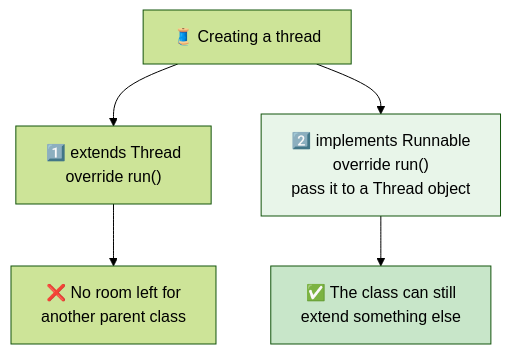
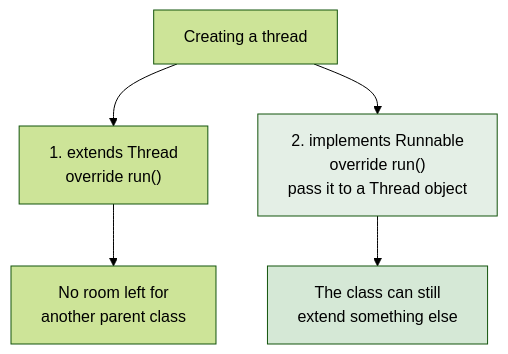
The first of 2 diagrams in src/Theory/09-Multi-Threading/02-Thread-Creation.md (kundankumarsharma56/Leaning-Java), drawn with Mermaid (forest theme) before and after one commit. The commit also changed other lines of this file and 84 other files, not shown here.

````diff
--- a/src/Theory/09-Multi-Threading/02-Thread-Creation.md
+++ b/src/Theory/09-Multi-Threading/02-Thread-Creation.md
@@ -21,9 +21,9 @@
 ```mermaid
 flowchart TD
-    T["🧵 Creating a thread"] --> A["1️⃣ extends Thread<br/>override run()"]
-    T --> B["2️⃣ implements Runnable<br/>override run()<br/>pass it to a Thread object"]
-    A --> L["❌ No room left for<br/>another parent class"]
-    B --> R["✅ The class can still<br/>extend something else"]
-    style B fill:#e8f5e9
-    style R fill:#c8e6c9
+    T["Creating a thread"] --> A["1. extends Thread<br/>override run()"]
+    T --> B["2. implements Runnable<br/>override run()<br/>pass it to a Thread object"]
+    A --> L["No room left for<br/>another parent class"]
+    B --> R["The class can still<br/>extend something else"]
+    style B fill:#e4efe6
+    style R fill:#d5e8d6
 ```
````
